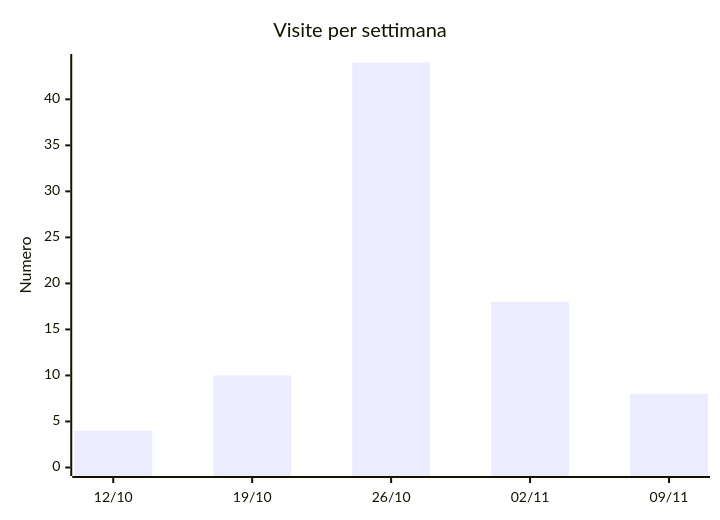
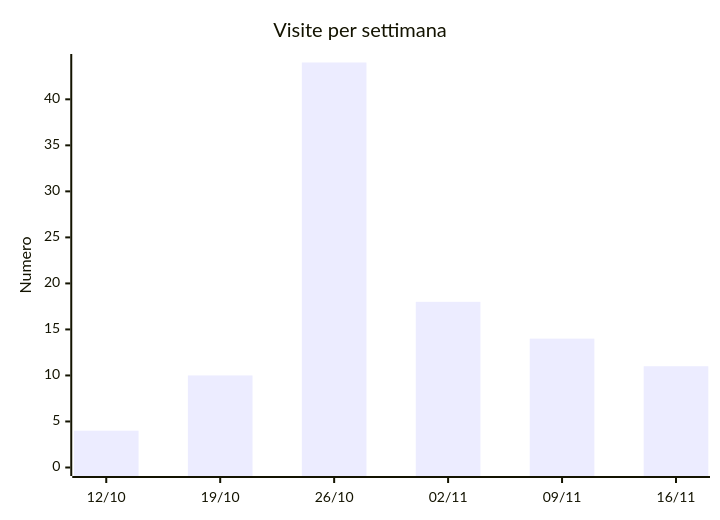
Before and after one commit to napo/analisirefertogara: the second of 2 diagrams in README.md, drawn with Mermaid. The commit also changed other lines of this file and 1 other file, not shown here.

````diff
--- a/README.md
+++ b/README.md
@@ -37,7 +38,7 @@
 ```mermaid
 xychart-beta
   title "Visite per settimana"
-  x-axis ["12/10", "19/10", "26/10", "02/11", "09/11"]
+  x-axis ["12/10", "19/10", "26/10", "02/11", "09/11", "16/11"]
   y-axis "Numero" 0 --> 44
-  bar [4, 10, 44, 18, 8]
+  bar [4, 10, 44, 18, 14, 11]
 ```
````
